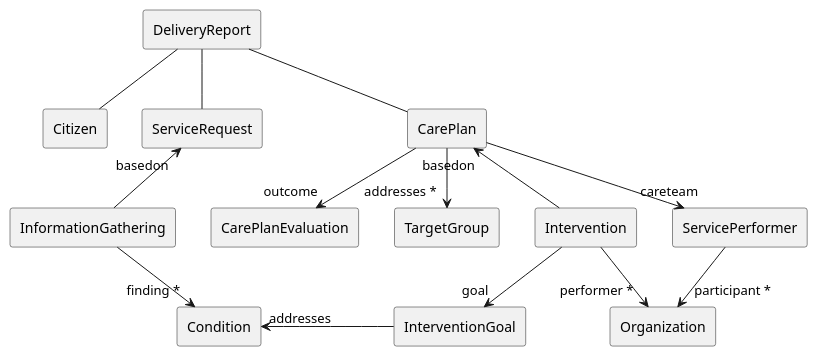
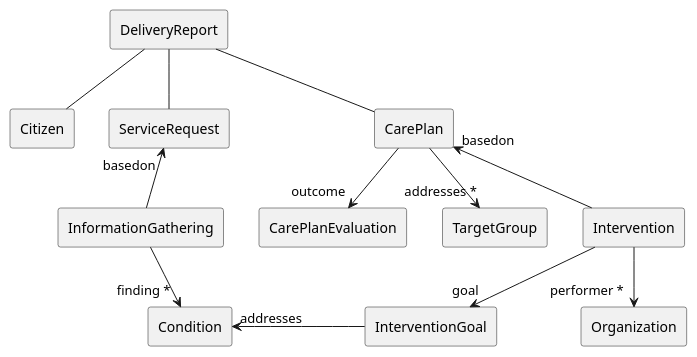
One commit to hl7dk/kl-ffb-reporting changed the diagram in input/images-sources/KLReportingFFBDeliveryReport.plantuml. Above: the diagram before and after it, drawn with PlantUML. The commit also changed 15 other files, not shown here.

```diff
--- a/input/images-sources/KLReportingFFBDeliveryReport.plantuml
+++ b/input/images-sources/KLReportingFFBDeliveryReport.plantuml
@@ -1,38 +1,35 @@
 @startuml DeliveryReport
 
 rectangle "DeliveryReport" as report
 
 rectangle "Citizen" as citizen
 rectangle "ServiceRequest" as request
 rectangle "CarePlan" as careplan
 
 rectangle "InformationGathering" as information
 rectangle "CarePlanEvaluation" as careplanevaluation
 rectangle "TargetGroup" as targetgroup
 rectangle "Intervention" as intervention
-rectangle "ServicePerformer" as team
 
 rectangle "Condition" as condition
 rectangle "InterventionGoal" as goal
 rectangle "Organization" as organization
 
 report -- citizen
 report -- request
 report -- careplan
 
 request "basedon"<-- information
 ' careplan -->"goal *" goal
 careplan -->"outcome" careplanevaluation
 careplan -->"addresses *" targetgroup
 careplan "basedon"<-- intervention
-careplan -->"careteam" team
-team -->"participant *" organization
 
 information -->"finding *" condition
 condition "addresses"<- goal
 
 intervention -->"performer *" organization
 
 intervention -->"goal" goal
 
 @enduml
```
